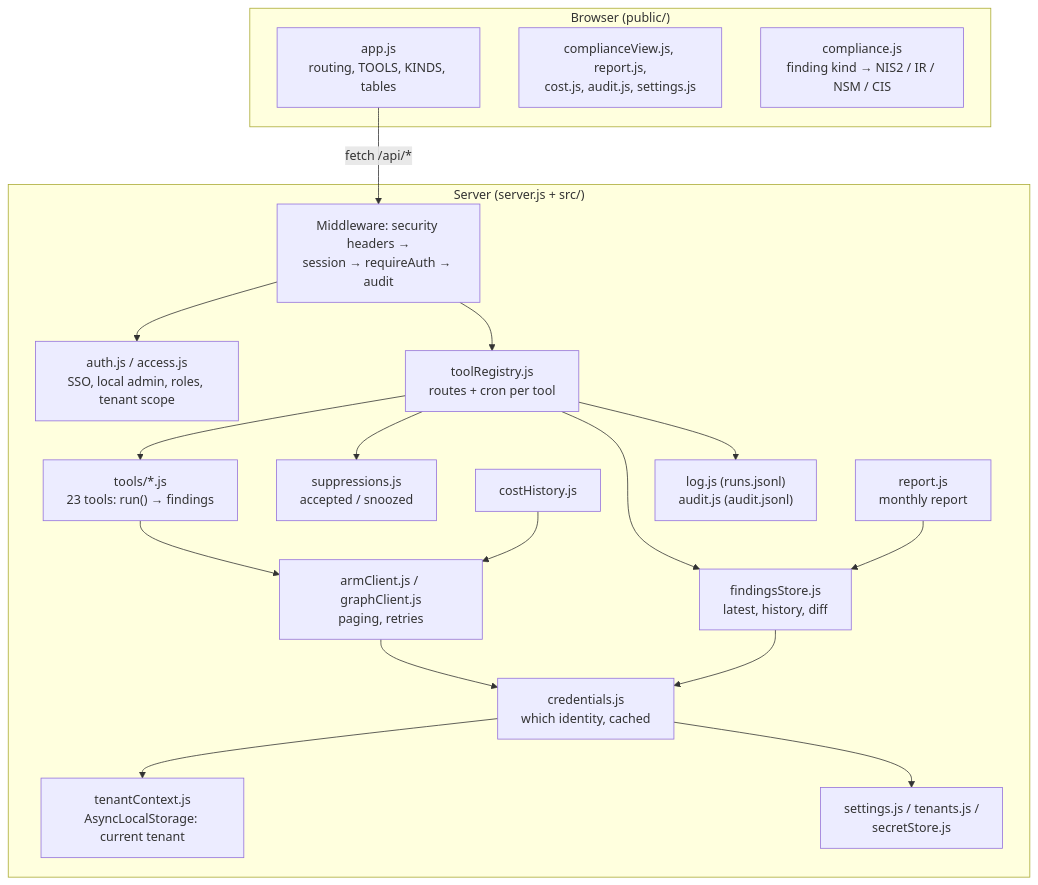
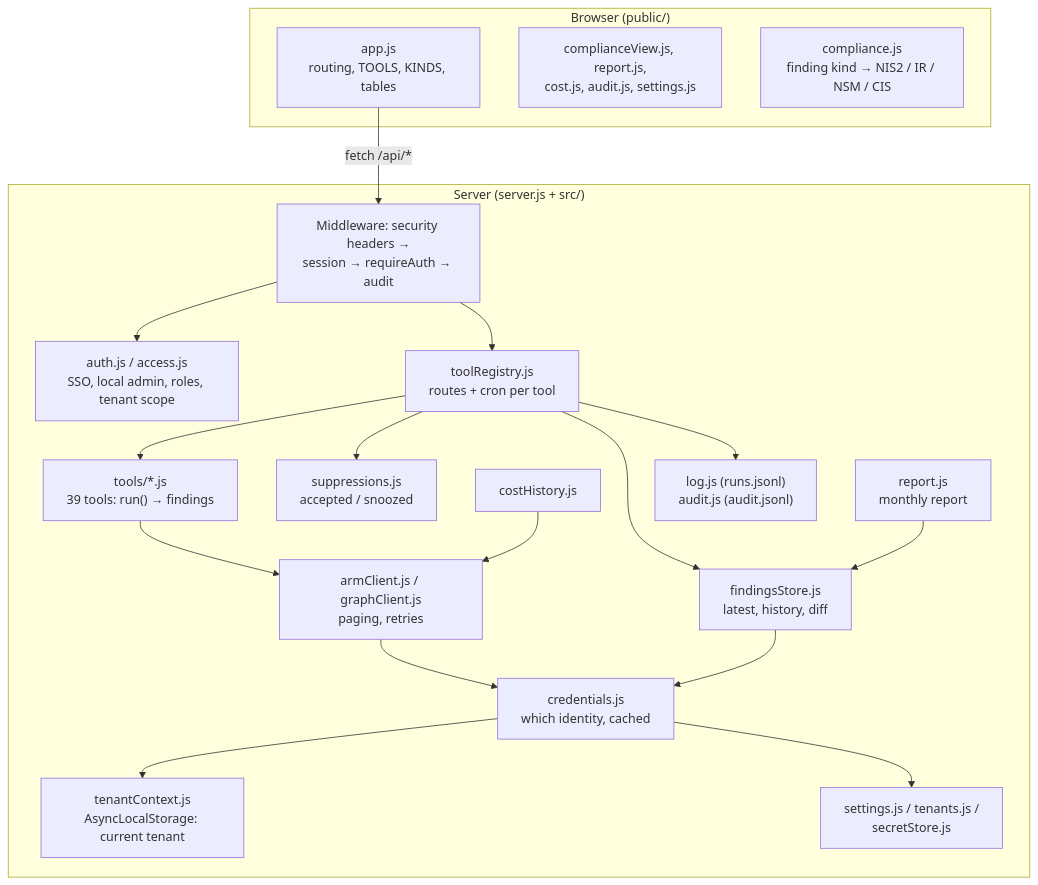
Before and after one commit to Gooseankles/cirrus-watch: the ninth of 10 diagrams in docs/architecture.md, drawn with Mermaid. The commit also changed 16 other files, not shown here.

````diff
--- a/docs/architecture.md
+++ b/docs/architecture.md
@@ -336,37 +336,37 @@
 ```mermaid
 flowchart TB
   subgraph browser["Browser (public/)"]
     appjs["app.js<br/>routing, TOOLS, KINDS, tables"]
     views["complianceView.js, report.js,<br/>cost.js, audit.js, settings.js"]
     comp["compliance.js<br/>finding kind → NIS2 / IR / NSM / CIS"]
   end
   subgraph server["Server (server.js + src/)"]
     mw["Middleware: security headers →<br/>session → requireAuth → audit"]
     auth["auth.js / access.js<br/>SSO, local admin, roles, tenant scope"]
     reg["toolRegistry.js<br/>routes + cron per tool"]
-    tools["tools/*.js<br/>23 tools: run() → findings"]
+    tools["tools/*.js<br/>39 tools: run() → findings"]
     clients["armClient.js / graphClient.js<br/>paging, retries"]
     cred["credentials.js<br/>which identity, cached"]
     ctx["tenantContext.js<br/>AsyncLocalStorage: current tenant"]
     store["findingsStore.js<br/>latest, history, diff"]
     supp["suppressions.js<br/>accepted / snoozed"]
     cost["costHistory.js"]
     rep["report.js<br/>monthly report"]
     cfg["settings.js / tenants.js /<br/>secretStore.js"]
     logs["log.js (runs.jsonl)<br/>audit.js (audit.jsonl)"]
   end
   appjs -- "fetch /api/*" --> mw
   mw --> auth
   mw --> reg
   reg --> tools
   tools --> clients
   clients --> cred
   cred --> ctx
   cred --> cfg
   reg --> store
   reg --> supp
   reg --> logs
   rep --> store
   cost --> clients
   store --> cred
 ```
````
